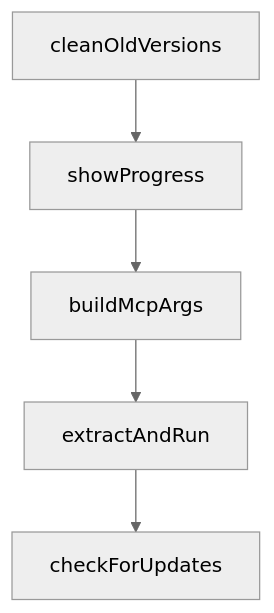
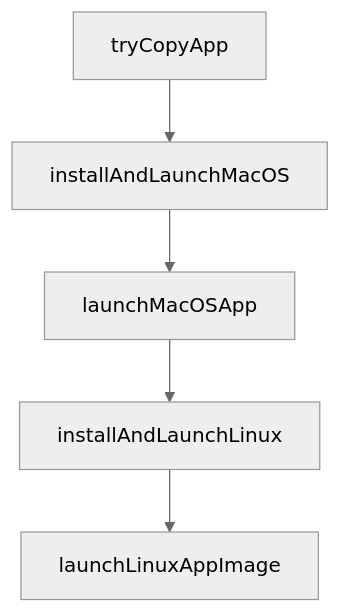
The diagram in tutorials/vibe-kanban-tutorial/08-production-operations-and-governance.md (johnxie/awesome-code-docs), drawn with Mermaid (neutral theme) before and after one commit. The commit also changed other lines of this file and 1232 other files, not shown here.

````diff
--- a/tutorials/vibe-kanban-tutorial/08-production-operations-and-governance.md
+++ b/tutorials/vibe-kanban-tutorial/08-production-operations-and-governance.md
@@ -216,12 +214,12 @@
 ```mermaid
 flowchart TD
-    A[cleanOldVersions]
-    B[showProgress]
-    C[buildMcpArgs]
-    D[extractAndRun]
-    E[checkForUpdates]
+    A[tryCopyApp]
+    B[installAndLaunchMacOS]
+    C[launchMacOSApp]
+    D[installAndLaunchLinux]
+    E[launchLinuxAppImage]
     A --> B
     B --> C
     C --> D
     D --> E
 ```
````
